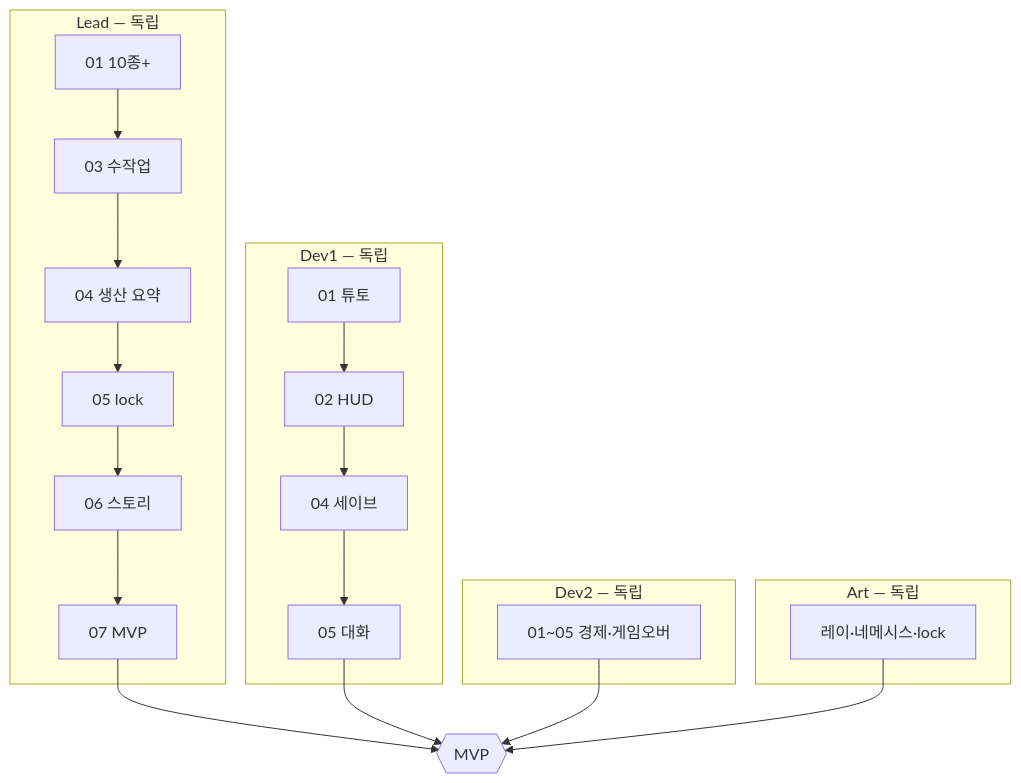
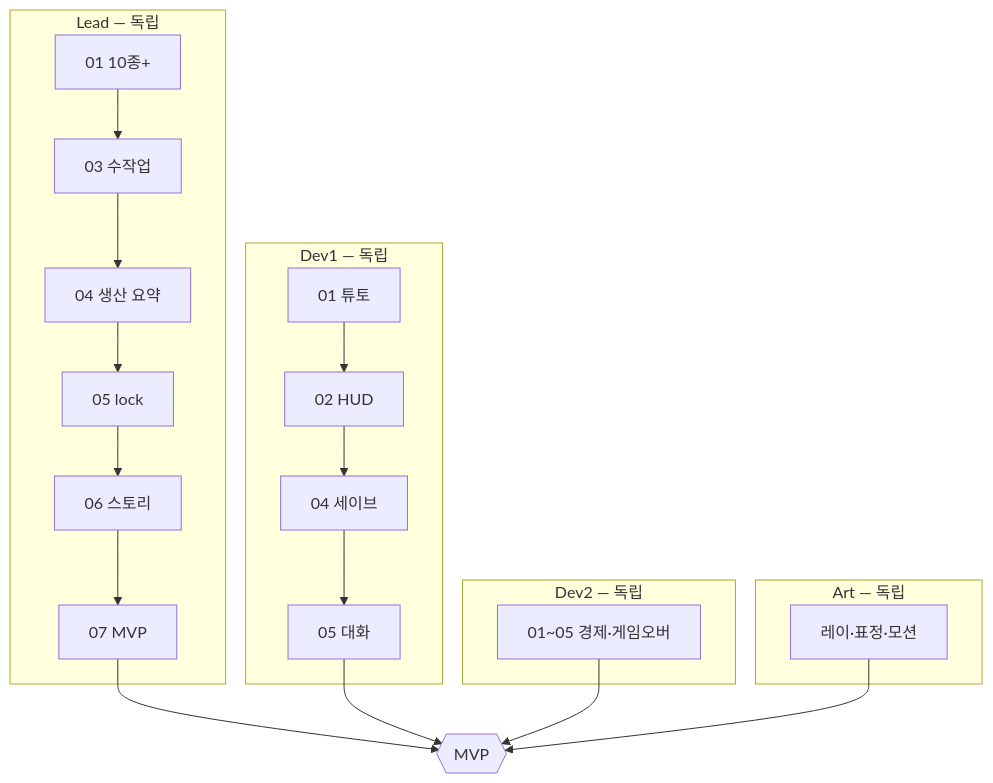
Before and after one commit to BARIbrother/DungeonFront: the fourth of 5 diagrams in Docs/dev-plan/parallel-roadmap.md, drawn with Mermaid. The commit also changed other lines of this file and 45 other files, not shown here.

````diff
--- a/Docs/dev-plan/parallel-roadmap.md
+++ b/Docs/dev-plan/parallel-roadmap.md
@@ -147,31 +147,31 @@
 ```mermaid
 flowchart TB
     subgraph Lead_W3["Lead — 독립"]
         L3A[01 10종+]
         L3C[03 수작업]
         L3D[04 생산 요약]
         L3E[05 lock]
         L3F[06 스토리]
         L3G[07 MVP]
         L3A --> L3C --> L3D --> L3E --> L3F --> L3G
     end
 
     subgraph Dev1_W3["Dev1 — 독립"]
         D3A[01 튜토]
         D3B[02 HUD]
         D3D[04 세이브]
         D3E[05 대화]
         D3A --> D3B --> D3D --> D3E
     end
 
     subgraph Dev2_W3["Dev2 — 독립"]
         D3F[01~05 경제·게임오버]
     end
 
     subgraph Art_W3["Art — 독립"]
-        A3A[레이·네메시스·lock]
+        A3A[레이·표정·모션]
     end
 
     MVP{{"MVP"}}
     L3G & D3E & D3F & A3A --> MVP
 ```
````
